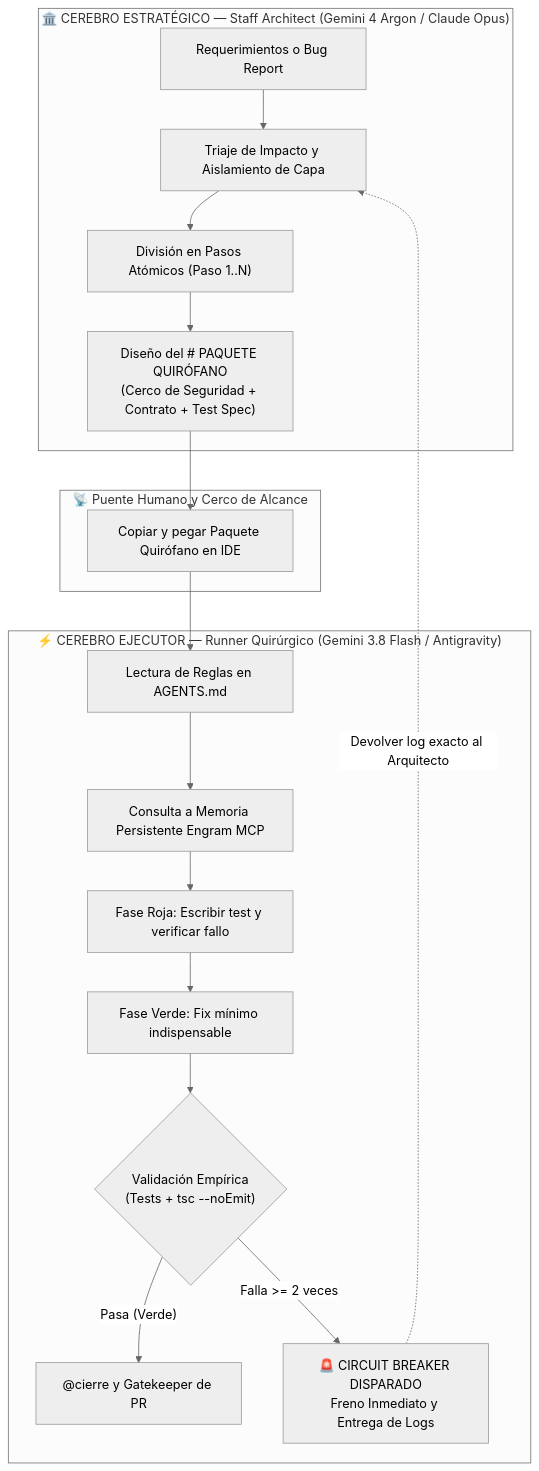
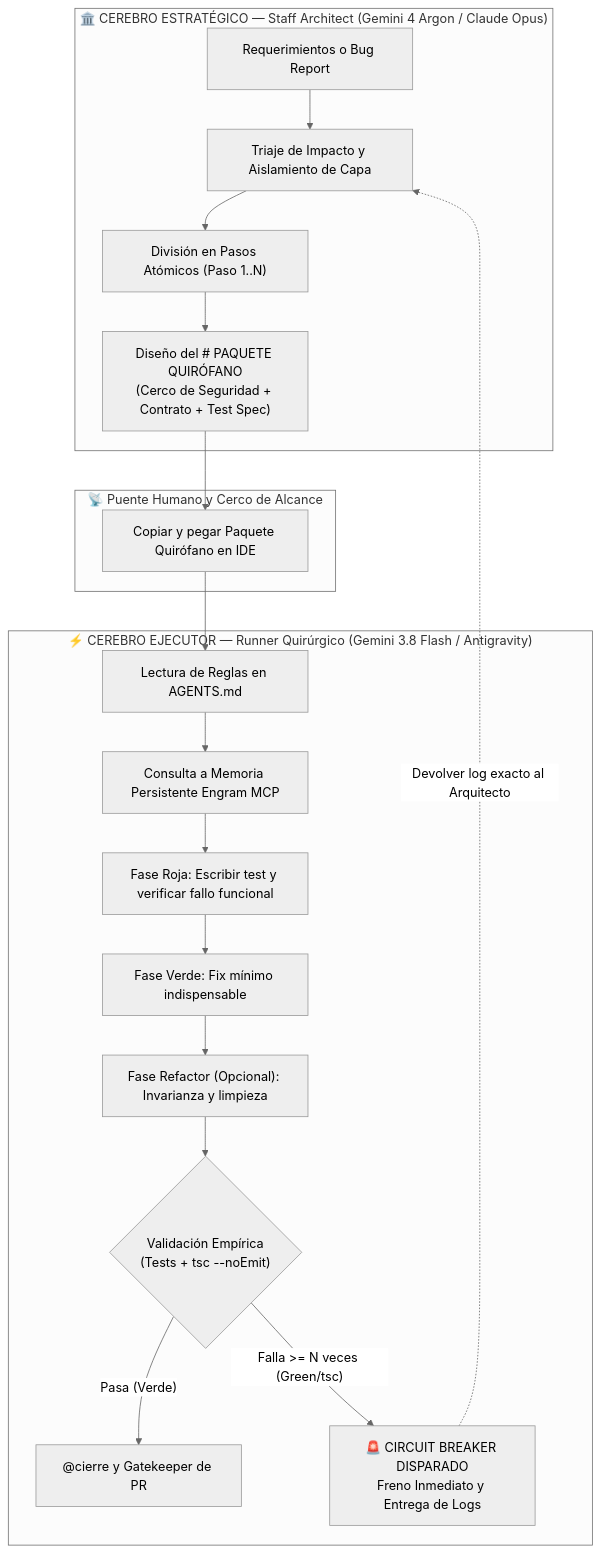
The first of 2 diagrams in README.es.md (TodoTobi/gentle-ai-harness), drawn with Mermaid (neutral theme) before and after one commit. The commit also changed other lines of this file and 6 other files, not shown here.

````diff
--- a/README.es.md
+++ b/README.es.md
@@ -48,24 +48,25 @@
 ```mermaid
 flowchart TD
     subgraph Lead ["🏛️ CEREBRO ESTRATÉGICO — Staff Architect (Gemini 4 Argon / Claude Opus)"]
         A1["Requerimientos o Bug Report"] --> A2["Triaje de Impacto y Aislamiento de Capa"]
         A2 --> A3["División en Pasos Atómicos (Paso 1..N)"]
         A3 --> A4["Diseño del # PAQUETE QUIRÓFANO\n(Cerco de Seguridad + Contrato + Test Spec)"]
     end
 
     subgraph Canal ["📡 Puente Humano y Cerco de Alcance"]
         A4 --> B1["Copiar y pegar Paquete Quirófano en IDE"]
     end
 
     subgraph Ejecutor ["⚡ CEREBRO EJECUTOR — Runner Quirúrgico (Gemini 3.8 Flash / Antigravity)"]
         B1 --> C1["Lectura de Reglas en AGENTS.md"]
         C1 --> C2["Consulta a Memoria Persistente Engram MCP"]
-        C2 --> C3["Fase Roja: Escribir test y verificar fallo"]
+        C2 --> C3["Fase Roja: Escribir test y verificar fallo funcional"]
         C3 --> C4["Fase Verde: Fix mínimo indispensable"]
-        C4 --> C5{"Validación Empírica\n(Tests + tsc --noEmit)"}
+        C4 --> C4R["Fase Refactor (Opcional): Invarianza y limpieza"]
+        C4R --> C5{"Validación Empírica\n(Tests + tsc --noEmit)"}
         C5 -- "Pasa (Verde)" --> C6["@cierre y Gatekeeper de PR"]
-        C5 -- "Falla >= 2 veces" --> CB["🚨 CIRCUIT BREAKER DISPARADO\nFreno Inmediato y Entrega de Logs"]
+        C5 -- "Falla >= N veces (Green/tsc)" --> CB["🚨 CIRCUIT BREAKER DISPARADO\nFreno Inmediato y Entrega de Logs"]
     end
 
     CB -.->|"Devolver log exacto al Arquitecto"| A2
 ```
````
